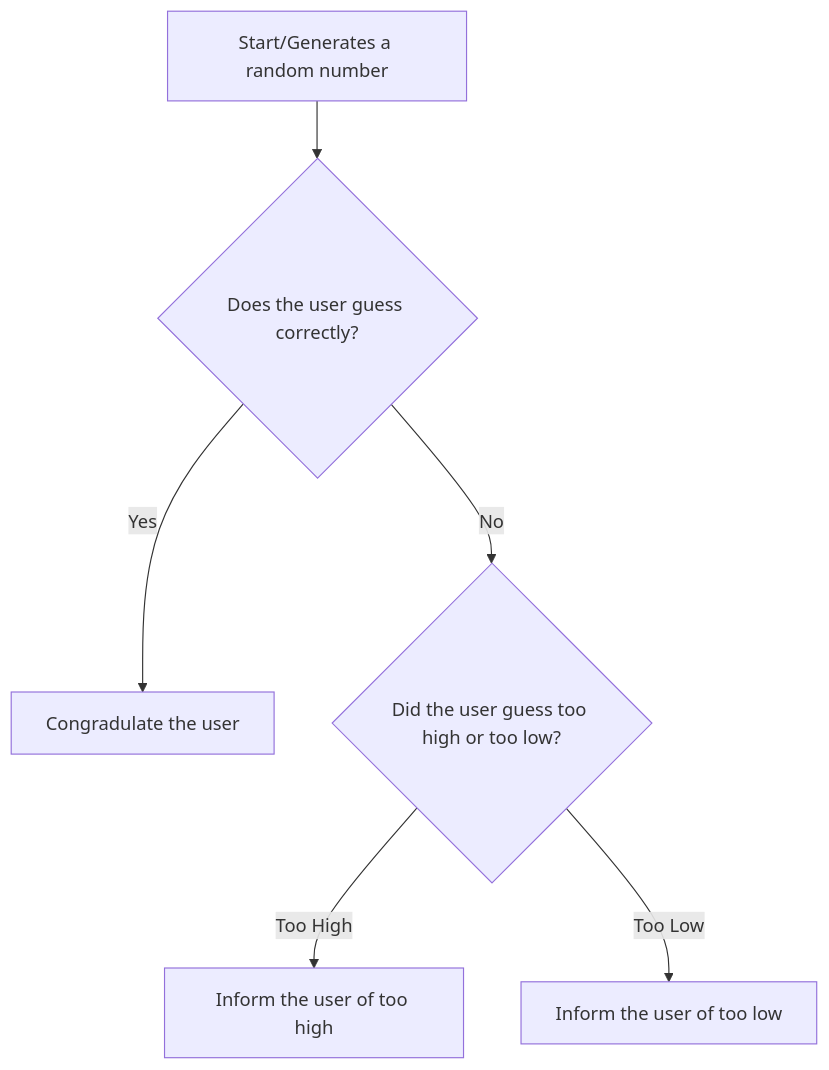
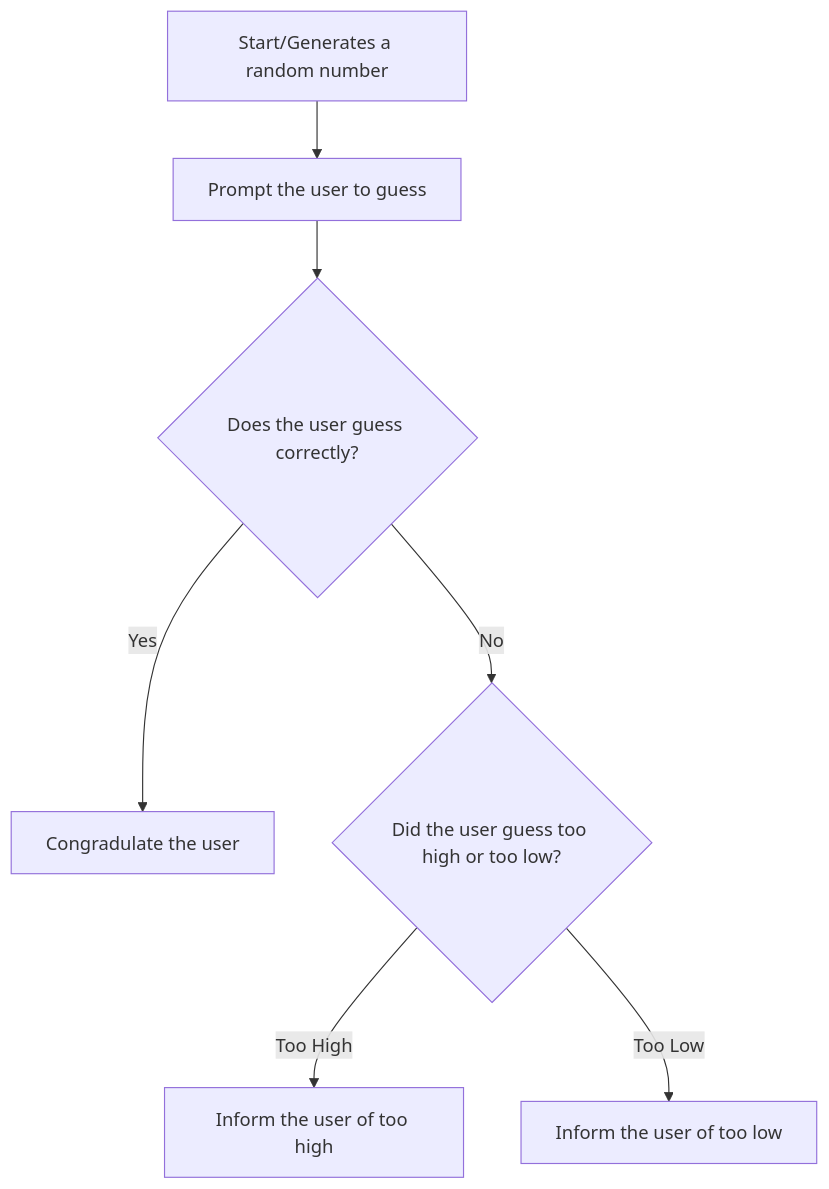
The diagram in Guessing.MD (impena/impena.github.io), drawn with Mermaid before and after one commit.

Commit message:
Update Guessing.MD with clarification at beginning

````diff
--- a/Guessing.MD
+++ b/Guessing.MD
@@ -2,8 +2,8 @@
 ```mermaid
 flowchart TD
-A[Start/Generates a random number] --> B{Does the user guess correctly?};
+A[Start/Generates a random number] --> Z[Prompt the user to guess] --> B{Does the user guess correctly?};
 B -- Yes --> C[Congradulate the user];
 B -- No --> D{Did the user guess too high or too low?};
 D -- Too High --> E[Inform the user of too high];
 D -- Too Low --> F[Inform the user of too low];
 ```
````
